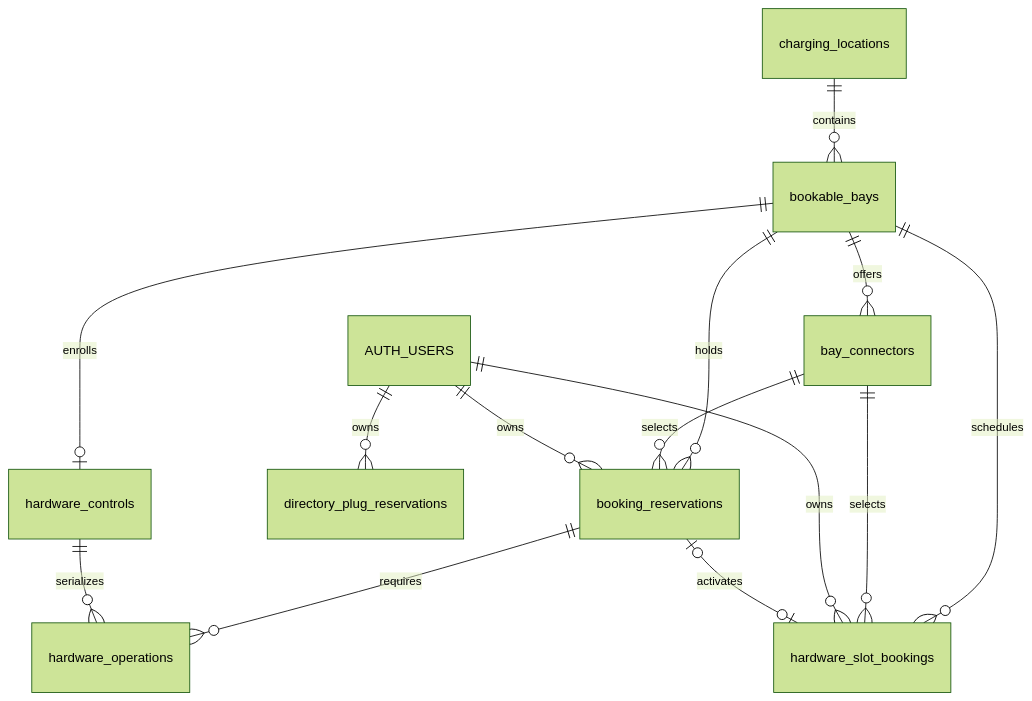
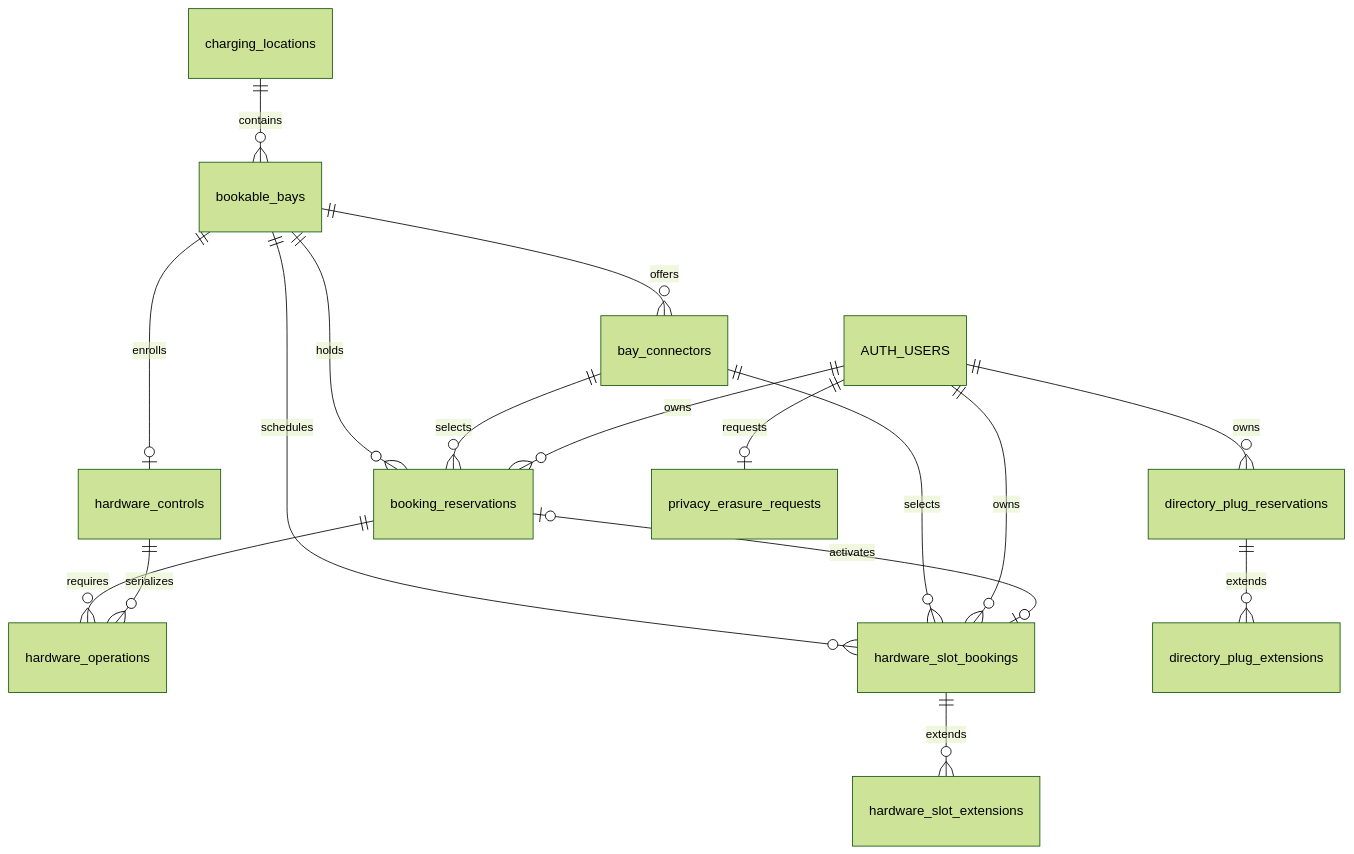
One commit to BorisPetreski/Ecurious-Challenge changed the diagram in docs/DATABASE.md. Above: the diagram before and after it, drawn with Mermaid (forest theme). The commit also changed other lines of this file and 71 other files, not shown here.

````diff
--- a/docs/DATABASE.md
+++ b/docs/DATABASE.md
@@ -22,16 +32,19 @@
 ```mermaid
 erDiagram
   charging_locations ||--o{ bookable_bays : contains
   bookable_bays ||--o{ bay_connectors : offers
   bookable_bays ||--o{ booking_reservations : holds
   bay_connectors ||--o{ booking_reservations : selects
   AUTH_USERS ||--o{ booking_reservations : owns
   AUTH_USERS ||--o{ directory_plug_reservations : owns
   bookable_bays ||--o| hardware_controls : enrolls
   booking_reservations ||--o{ hardware_operations : requires
   hardware_controls ||--o{ hardware_operations : serializes
   bookable_bays ||--o{ hardware_slot_bookings : schedules
   bay_connectors ||--o{ hardware_slot_bookings : selects
   AUTH_USERS ||--o{ hardware_slot_bookings : owns
   booking_reservations |o--o| hardware_slot_bookings : activates
+  hardware_slot_bookings ||--o{ hardware_slot_extensions : extends
+  directory_plug_reservations ||--o{ directory_plug_extensions : extends
+  AUTH_USERS ||--o| privacy_erasure_requests : requests
 ```
````
